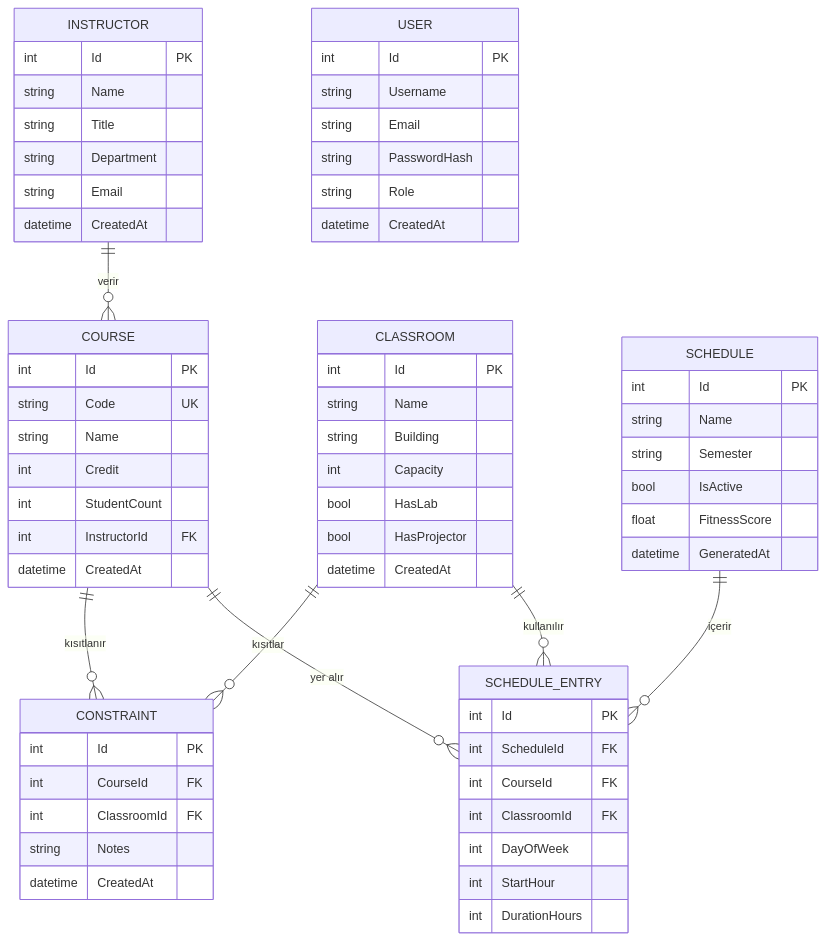
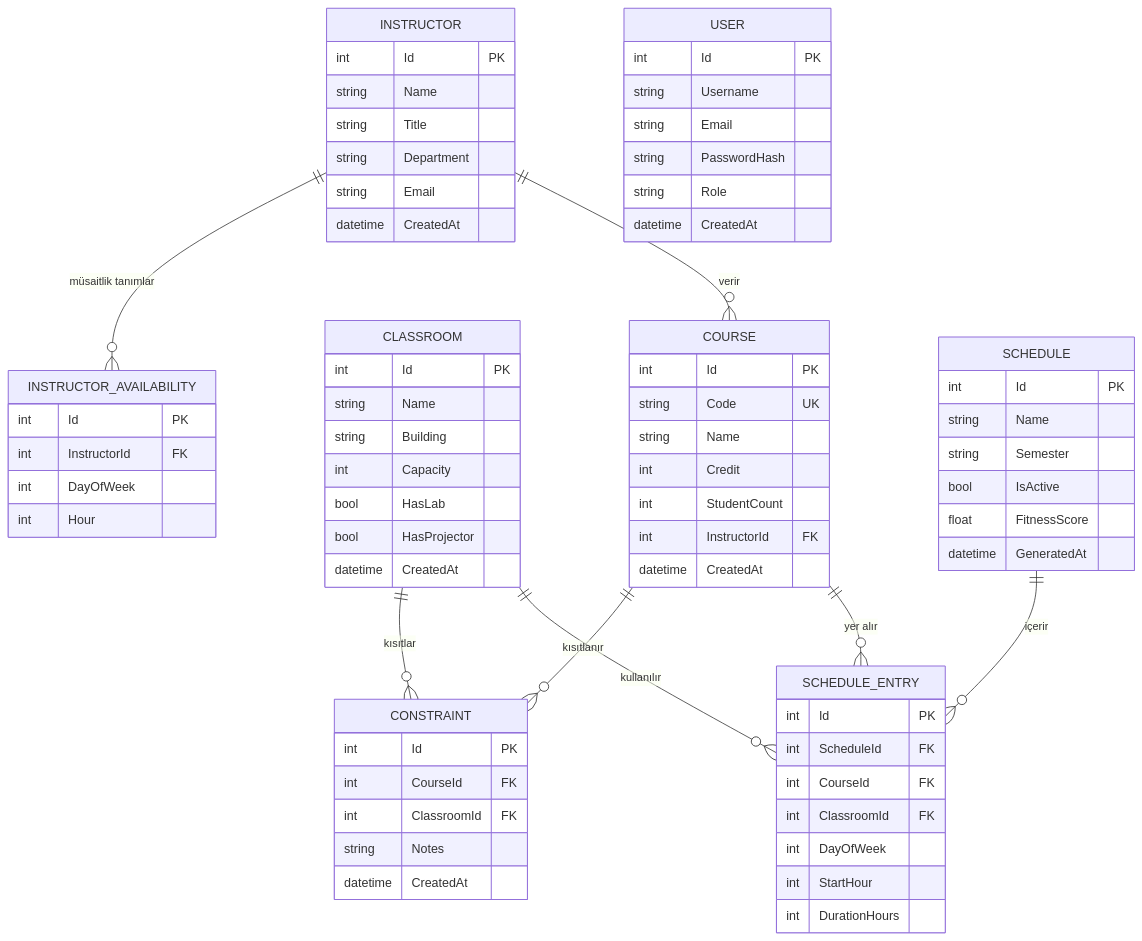
One commit to kkadir8/SmartScheduler changed the diagram in docs/DATABASE_SCHEMA.md. Above: the diagram before and after it, drawn with Mermaid. The commit also changed other lines of this file and 3 other files, not shown here.

````diff
--- a/docs/DATABASE_SCHEMA.md
+++ b/docs/DATABASE_SCHEMA.md
@@ -12,74 +12,82 @@
 ```mermaid
 erDiagram
     INSTRUCTOR {
         int     Id          PK
         string  Name
         string  Title
         string  Department
         string  Email
         datetime CreatedAt
     }
 
     COURSE {
         int     Id              PK
         string  Code            UK
         string  Name
         int     Credit
         int     StudentCount
         int     InstructorId    FK
         datetime CreatedAt
     }
 
     CLASSROOM {
         int     Id          PK
         string  Name
         string  Building
         int     Capacity
         bool    HasLab
         bool    HasProjector
         datetime CreatedAt
     }
 
     CONSTRAINT {
         int     Id              PK
         int     CourseId        FK
         int     ClassroomId     FK
         string  Notes
         datetime CreatedAt
     }
 
+    INSTRUCTOR_AVAILABILITY {
+        int     Id              PK
+        int     InstructorId    FK
+        int     DayOfWeek
+        int     Hour
+    }
+
     SCHEDULE {
         int     Id          PK
         string  Name
         string  Semester
         bool    IsActive
         float   FitnessScore
         datetime GeneratedAt
     }
 
     SCHEDULE_ENTRY {
         int     Id              PK
         int     ScheduleId      FK
         int     CourseId        FK
         int     ClassroomId     FK
         int     DayOfWeek
         int     StartHour
         int     DurationHours
     }
 
     USER {
         int     Id          PK
         string  Username
         string  Email
         string  PasswordHash
         string  Role
         datetime CreatedAt
     }
 
     INSTRUCTOR ||--o{ COURSE         : "verir"
     COURSE     ||--o{ SCHEDULE_ENTRY : "yer alır"
     CLASSROOM  ||--o{ SCHEDULE_ENTRY : "kullanılır"
     SCHEDULE   ||--o{ SCHEDULE_ENTRY : "içerir"
     COURSE     ||--o{ CONSTRAINT     : "kısıtlanır"
     CLASSROOM  ||--o{ CONSTRAINT     : "kısıtlar"
+    INSTRUCTOR ||--o{ INSTRUCTOR_AVAILABILITY : "müsaitlik tanımlar"
 ```
````
